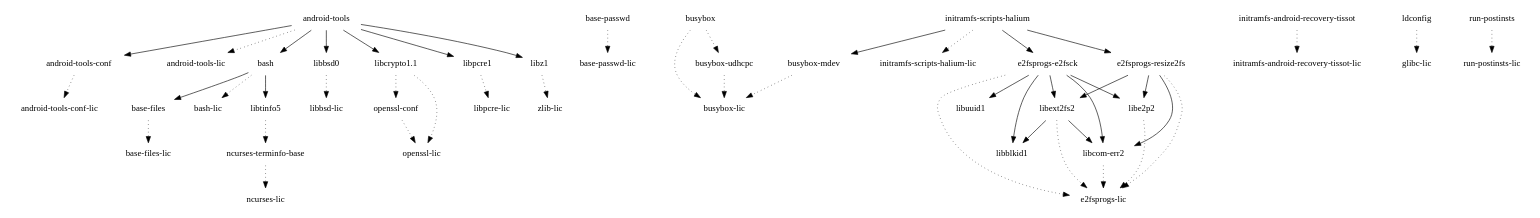
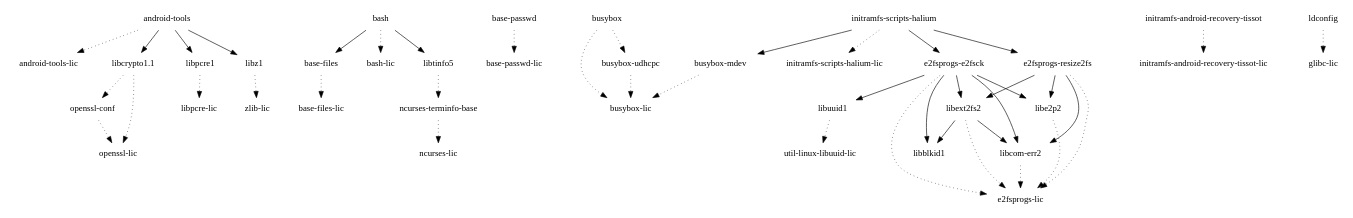
The diagram in images/tissot/glibc/initramfs-android-image/depends-nokernel-nolibc-noupdate.dot (webOS-ports/buildhistory), drawn with Graphviz before and after one commit. The commit also changed 245 other files, not shown here.

```diff
--- a/images/tissot/glibc/initramfs-android-image/depends-nokernel-nolibc-noupdate.dot
+++ b/images/tissot/glibc/initramfs-android-image/depends-nokernel-nolibc-noupdate.dot
@@ -1,50 +1,45 @@
 digraph depends {
     node [shape=plaintext]
-"android-tools" -> "android-tools-conf"
 "android-tools" -> "android-tools-lic" [style=dotted]
-"android-tools" -> "bash"
-"android-tools-conf" -> "android-tools-conf-lic" [style=dotted]
-"android-tools" -> "libbsd0"
 "android-tools" -> "libcrypto1.1"
 "android-tools" -> "libpcre1"
 "android-tools" -> "libz1"
 "base-files" -> "base-files-lic" [style=dotted]
 "base-passwd" -> "base-passwd-lic" [style=dotted]
 "bash" -> "base-files"
 "bash" -> "bash-lic" [style=dotted]
 "bash" -> "libtinfo5"
 "busybox" -> "busybox-lic" [style=dotted]
 "busybox" -> "busybox-udhcpc" [style=dotted]
 "busybox-mdev" -> "busybox-lic" [style=dotted]
 "busybox-udhcpc" -> "busybox-lic" [style=dotted]
 "e2fsprogs-e2fsck" -> "e2fsprogs-lic" [style=dotted]
 "e2fsprogs-e2fsck" -> "libblkid1"
 "e2fsprogs-e2fsck" -> "libcom-err2"
 "e2fsprogs-e2fsck" -> "libe2p2"
 "e2fsprogs-e2fsck" -> "libext2fs2"
 "e2fsprogs-e2fsck" -> "libuuid1"
 "e2fsprogs-resize2fs" -> "e2fsprogs-lic" [style=dotted]
 "e2fsprogs-resize2fs" -> "libcom-err2"
 "e2fsprogs-resize2fs" -> "libe2p2"
 "e2fsprogs-resize2fs" -> "libext2fs2"
 "initramfs-android-recovery-tissot" -> "initramfs-android-recovery-tissot-lic" [style=dotted]
 "initramfs-scripts-halium" -> "busybox-mdev"
 "initramfs-scripts-halium" -> "e2fsprogs-e2fsck"
 "initramfs-scripts-halium" -> "e2fsprogs-resize2fs"
 "initramfs-scripts-halium" -> "initramfs-scripts-halium-lic" [style=dotted]
 "ldconfig" -> "glibc-lic" [style=dotted]
-"libbsd0" -> "libbsd-lic" [style=dotted]
 "libcom-err2" -> "e2fsprogs-lic" [style=dotted]
 "libcrypto1.1" -> "openssl-conf" [style=dotted]
 "libcrypto1.1" -> "openssl-lic" [style=dotted]
 "libe2p2" -> "e2fsprogs-lic" [style=dotted]
 "libext2fs2" -> "e2fsprogs-lic" [style=dotted]
 "libext2fs2" -> "libblkid1"
 "libext2fs2" -> "libcom-err2"
 "libpcre1" -> "libpcre-lic" [style=dotted]
 "libtinfo5" -> "ncurses-terminfo-base" [style=dotted]
+"libuuid1" -> "util-linux-libuuid-lic" [style=dotted]
 "libz1" -> "zlib-lic" [style=dotted]
 "ncurses-terminfo-base" -> "ncurses-lic" [style=dotted]
 "openssl-conf" -> "openssl-lic" [style=dotted]
-"run-postinsts" -> "run-postinsts-lic" [style=dotted]
 }
```
